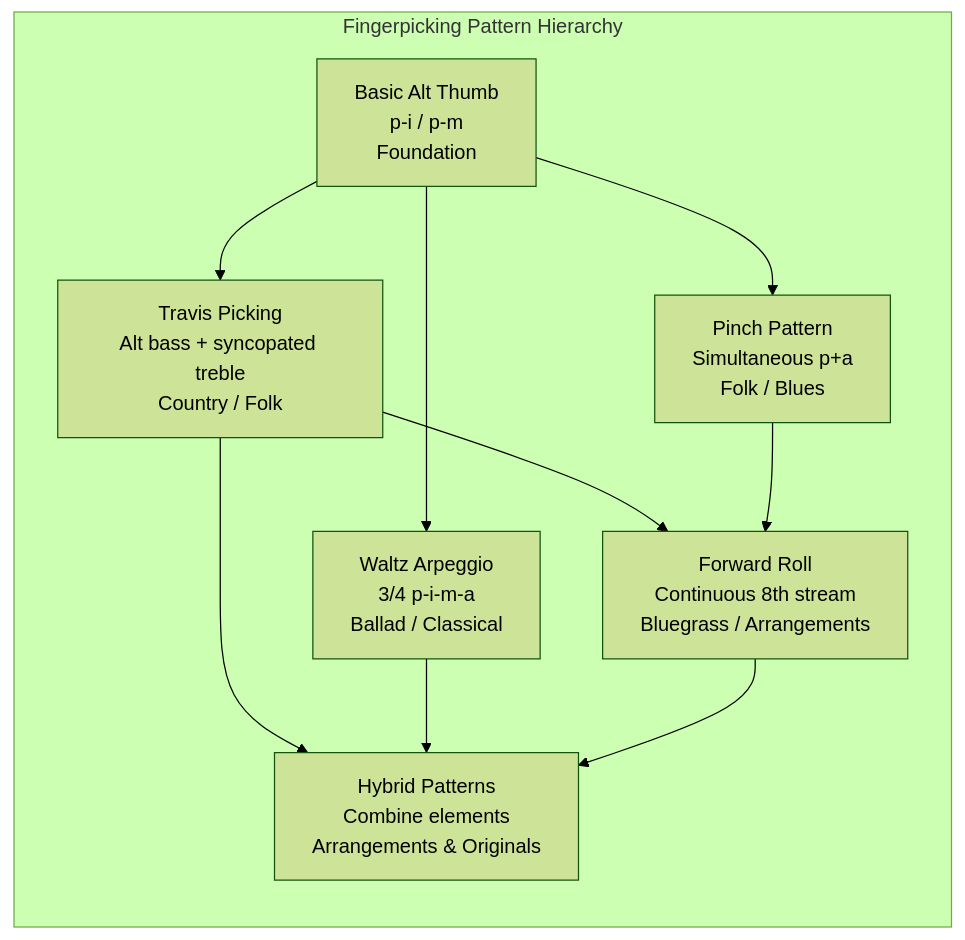
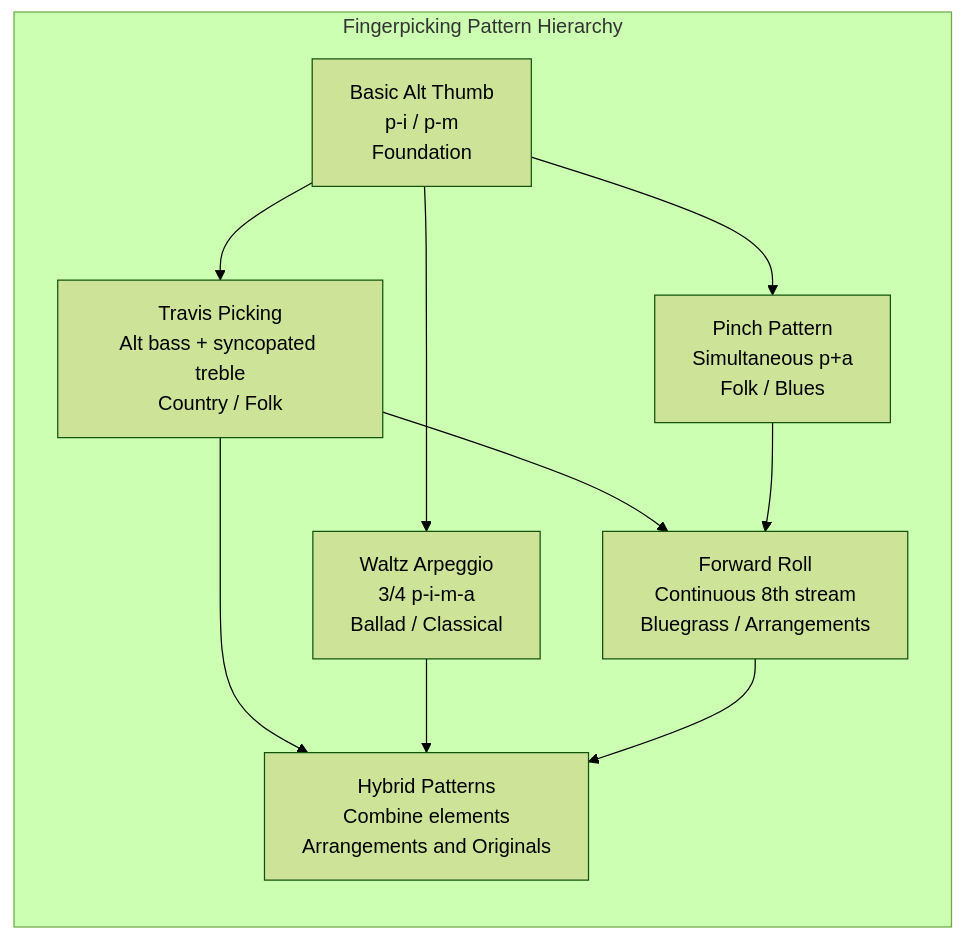
Before and after one commit to blebleblee/synapse: the third of 5 diagrams in topics/arts/music_performance/acoustic_guitar/lesson_03_scales_and_fingerpicking.md, drawn with Mermaid (forest theme). The commit also changed other lines of this file and 4 other files, not shown here.

````diff
--- a/topics/arts/music_performance/acoustic_guitar/lesson_03_scales_and_fingerpicking.md
+++ b/topics/arts/music_performance/acoustic_guitar/lesson_03_scales_and_fingerpicking.md
@@ -340,19 +327,19 @@
 ```mermaid
 flowchart LR
     subgraph sub_patterns ["Fingerpicking Pattern Hierarchy"]
-        P1["Basic Alt Thumb\np-i / p-m\nFoundation"]
-        P2["Travis Picking\nAlt bass + syncopated treble\nCountry / Folk"]
-        P3["Waltz Arpeggio\n3/4 p-i-m-a\nBallad / Classical"]
-        P4["Pinch Pattern\nSimultaneous p+a\nFolk / Blues"]
-        P5["Forward Roll\nContinuous 8th stream\nBluegrass / Arrangements"]
-        P6["Hybrid Patterns\nCombine elements\nArrangements & Originals"]
+        P1["Basic Alt Thumb<br/>p-i / p-m<br/>Foundation"]
+        P2["Travis Picking<br/>Alt bass + syncopated treble<br/>Country / Folk"]
+        P3["Waltz Arpeggio<br/>3/4 p-i-m-a<br/>Ballad / Classical"]
+        P4["Pinch Pattern<br/>Simultaneous p+a<br/>Folk / Blues"]
+        P5["Forward Roll<br/>Continuous 8th stream<br/>Bluegrass / Arrangements"]
+        P6["Hybrid Patterns<br/>Combine elements<br/>Arrangements and Originals"]
         P1 --> P2
         P1 --> P3
         P1 --> P4
         P2 --> P5
         P4 --> P5
         P2 --> P6
         P3 --> P6
         P5 --> P6
     end
 ```
````
